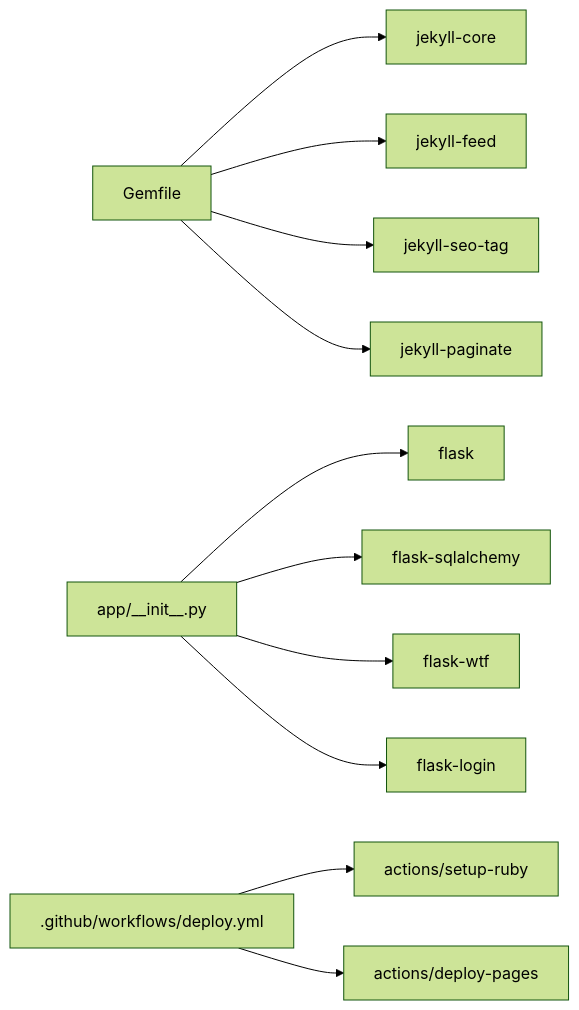
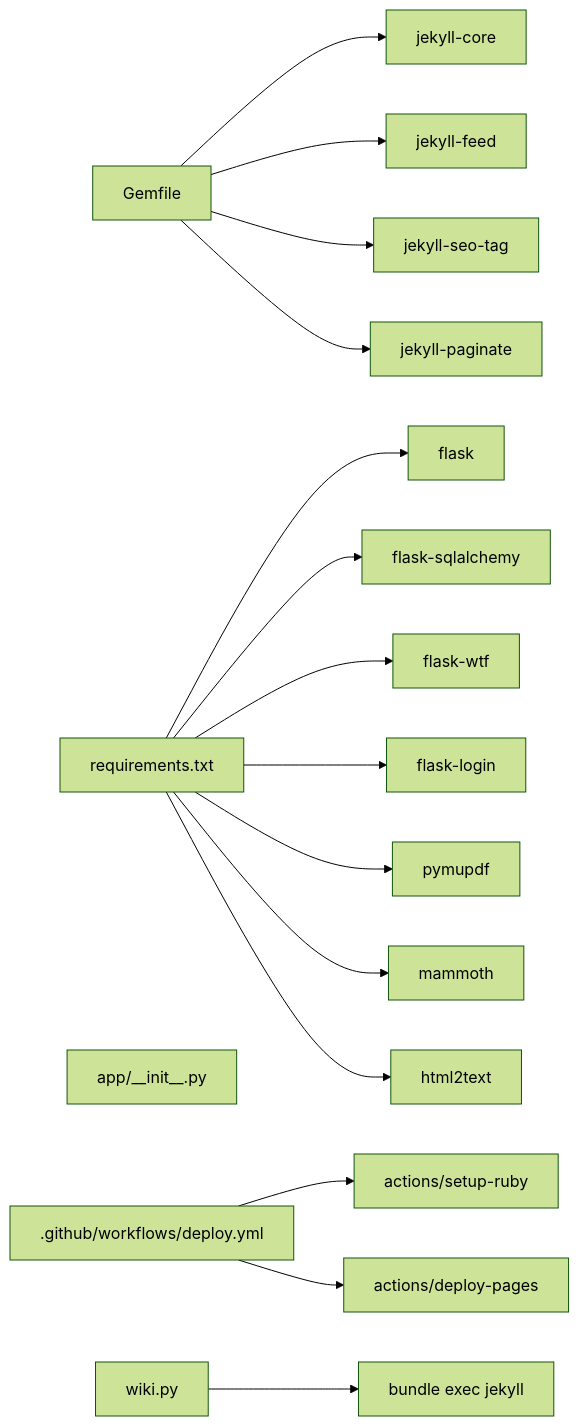
The fifth of 5 diagrams in .qoder/repowiki/en/content/Deployment and DevOps.md (PolarisW007/PolaZhenJing), drawn with Mermaid (forest theme) before and after one commit. The commit also changed other lines of this file and 12 other files, not shown here.

````diff
--- a/.qoder/repowiki/en/content/Deployment and DevOps.md
+++ b/.qoder/repowiki/en/content/Deployment and DevOps.md
@@ -316,16 +364,22 @@
 ```mermaid
 graph LR
 GEM["Gemfile"]
+REQ["requirements.txt"]
 FLASK["app/__init__.py"]
 GHA[".github/workflows/deploy.yml"]
+WIKI["wiki.py"]
 GEM --> JEKYLL["jekyll-core"]
 GEM --> FEED["jekyll-feed"]
 GEM --> SEO["jekyll-seo-tag"]
 GEM --> PAGINATE["jekyll-paginate"]
-FLASK --> FLASKCORE["flask"]
-FLASK --> SQLALCHEMY["flask-sqlalchemy"]
-FLASK --> WTFFORMS["flask-wtf"]
-FLASK --> LOGIN["flask-login"]
+REQ --> FLASKCORE["flask"]
+REQ --> SQLALCHEMY["flask-sqlalchemy"]
+REQ --> WTFFORMS["flask-wtf"]
+REQ --> LOGIN["flask-login"]
+REQ --> PYPDF["pymupdf"]
+REQ --> MAMMOTH["mammoth"]
+REQ --> HTML2TEXT["html2text"]
 GHA --> RUBYSETUP["actions/setup-ruby"]
 GHA --> DEPLOY["actions/deploy-pages"]
+WIKI --> BUNDLE["bundle exec jekyll"]
 ```
````
